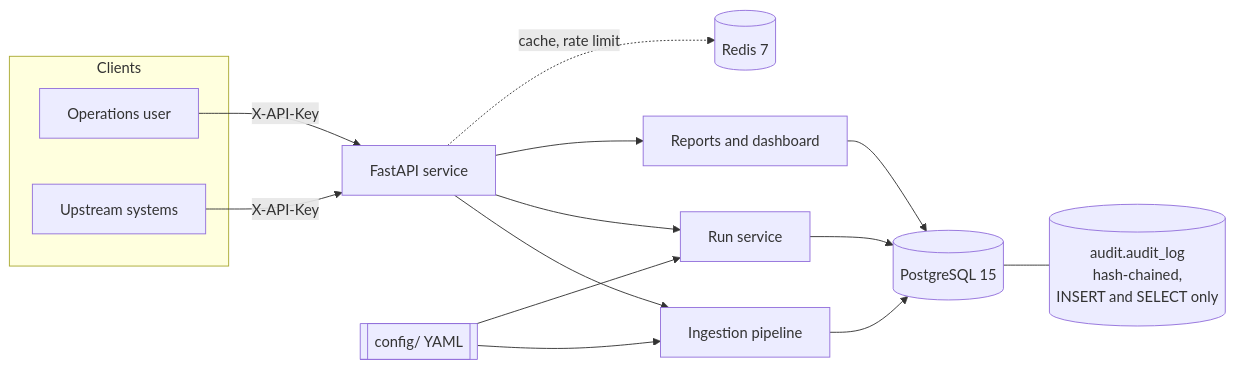
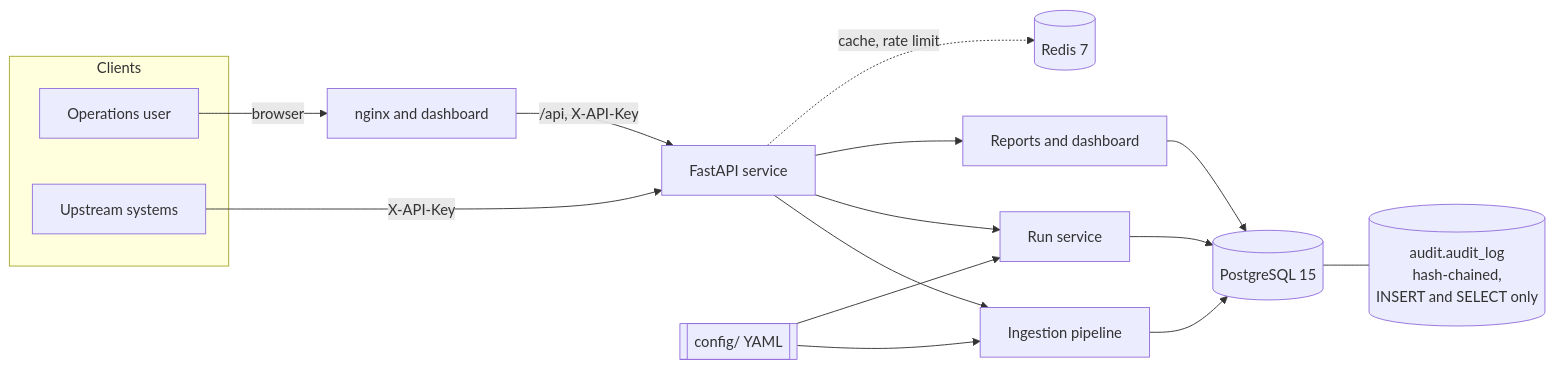
The first of 3 diagrams in docs/ARCHITECTURE.md (Ukashatu40/zetheta-reconengine-ukashatu-20260918), drawn with Mermaid before and after one commit. The commit also changed other lines of this file and 7 other files, not shown here.

````diff
--- a/docs/ARCHITECTURE.md
+++ b/docs/ARCHITECTURE.md
@@ -16,17 +16,19 @@
 ```mermaid
 flowchart LR
     subgraph Clients
         OPS[Operations user]
         SYS[Upstream systems]
     end
-    OPS & SYS -->|X-API-Key| API[FastAPI service]
+    OPS -->|browser| WEB[nginx and dashboard]
+    WEB -->|/api, X-API-Key| API
+    SYS -->|X-API-Key| API[FastAPI service]
     API --> ING[Ingestion pipeline]
     API --> RUN[Run service]
     API --> RPT[Reports and dashboard]
     ING --> DB[(PostgreSQL 15)]
     RUN --> DB
     RPT --> DB
     API -.->|cache, rate limit| REDIS[(Redis 7)]
     CFG[[config/ YAML]] --> ING & RUN
     DB --- AUD[(audit.audit_log\nhash-chained,\nINSERT and SELECT only)]
 ```
````
